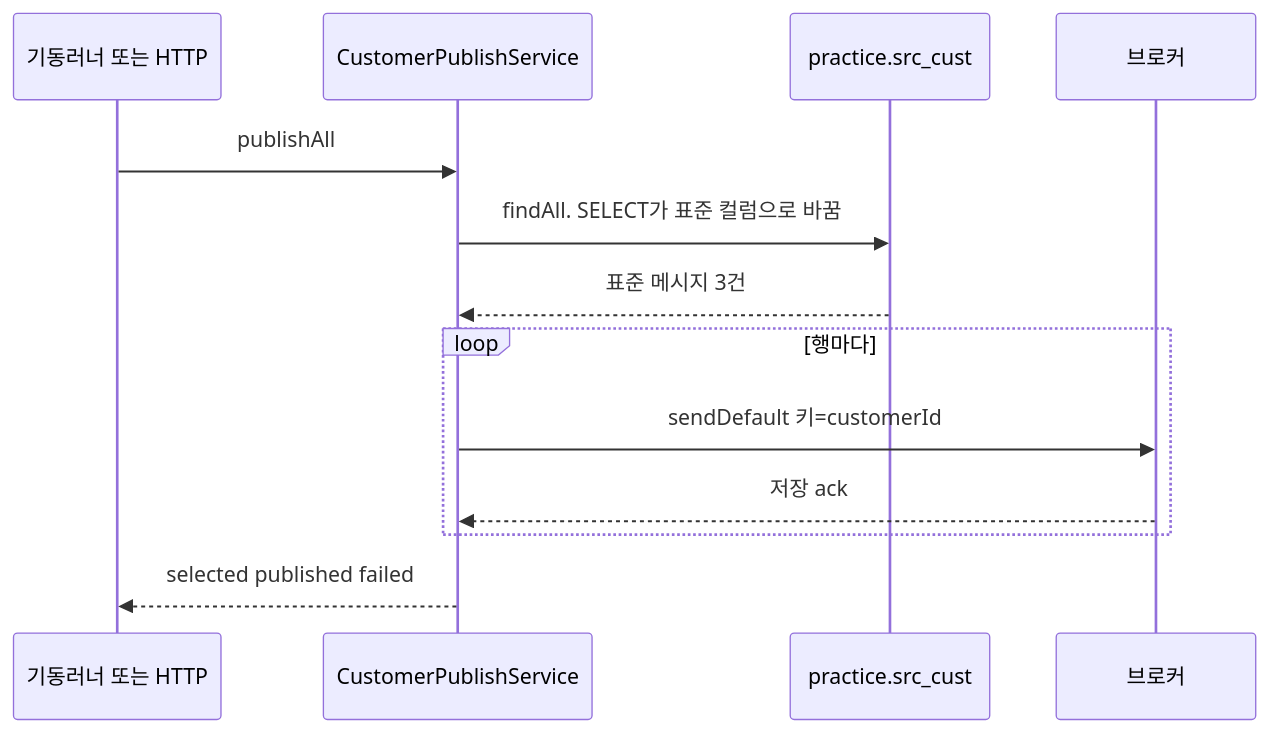
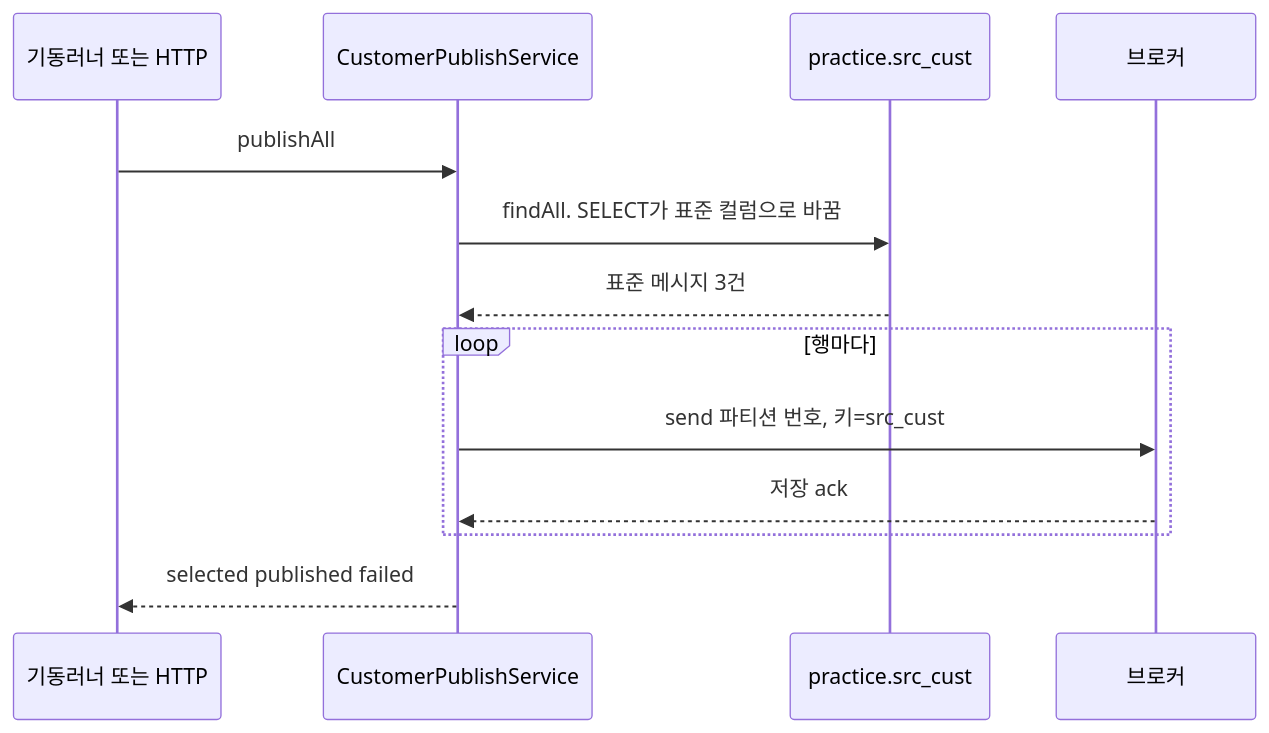
Before and after one commit to zustarttf/kafka_test: the second of 3 diagrams in docs/flow.md, drawn with Mermaid. The commit also changed other lines of this file and 4 other files, not shown here.

````diff
--- a/docs/flow.md
+++ b/docs/flow.md
@@ -50,16 +50,16 @@
 ```mermaid
 sequenceDiagram
   participant Caller as 기동러너 또는 HTTP
   participant Svc as CustomerPublishService
   participant Db as practice.src_cust
   participant Broker as 브로커
 
   Caller->>Svc: publishAll
   Svc->>Db: findAll. SELECT가 표준 컬럼으로 바꿈
   Db-->>Svc: 표준 메시지 3건
   loop 행마다
-    Svc->>Broker: sendDefault 키=customerId
+    Svc->>Broker: send 파티션 번호, 키=src_cust
     Broker-->>Svc: 저장 ack
   end
   Svc-->>Caller: selected published failed
 ```
````
